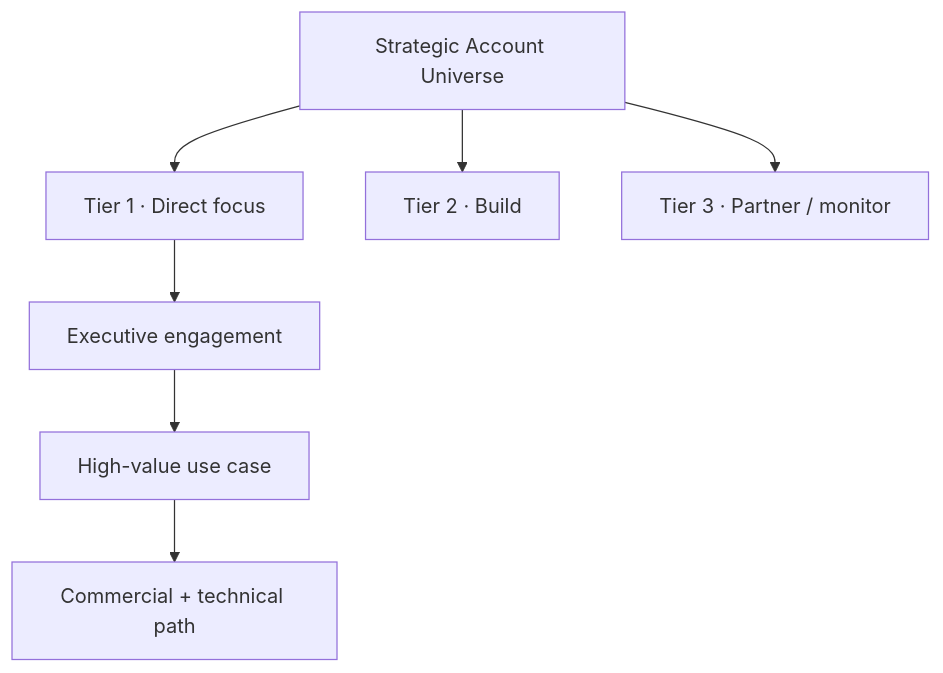
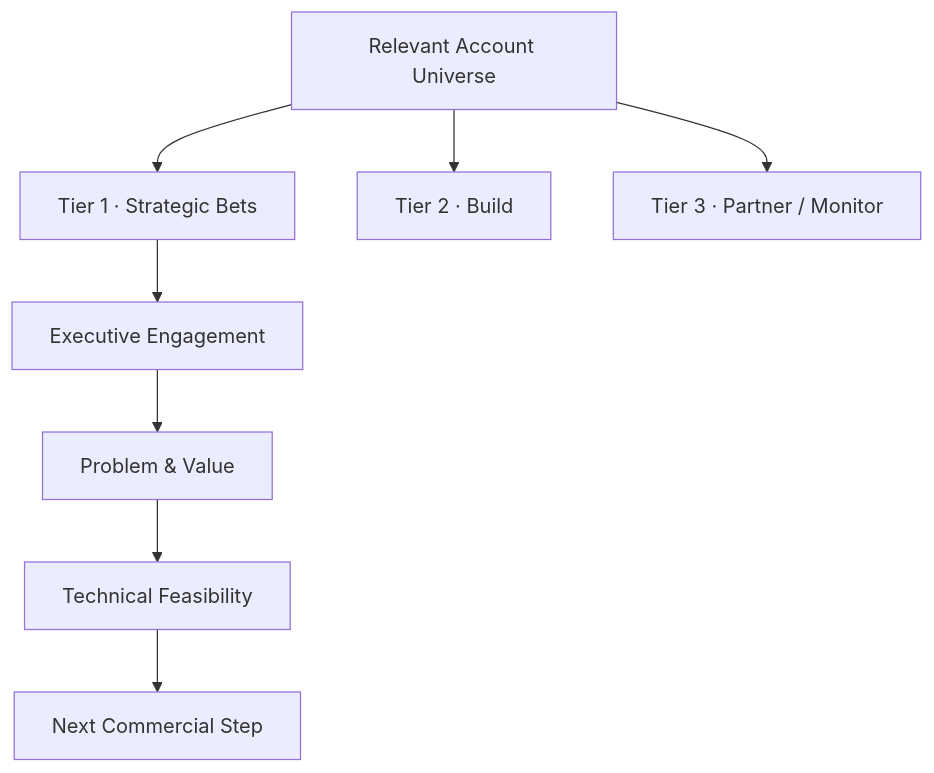
The third of 5 diagrams in examples/how-i-would-build-an-ai-country-business.md (psilva-git/enterprise-ai-delivery), drawn with Mermaid before and after one commit. The commit also changed other lines of this file, not shown here.

````diff
--- a/examples/how-i-would-build-an-ai-country-business.md
+++ b/examples/how-i-would-build-an-ai-country-business.md
@@ -66,9 +116,11 @@
 ```mermaid
 flowchart TB
-    A[Strategic Account Universe] --> T1[Tier 1 · Direct focus]
-    A --> T2[Tier 2 · Build]
-    A --> T3[Tier 3 · Partner / monitor]
-    T1 --> E[Executive engagement]
-    E --> U[High-value use case]
-    U --> P[Commercial + technical path]
+    U[Relevant Account Universe] --> T1[Tier 1 · Strategic Bets]
+    U --> T2[Tier 2 · Build]
+    U --> T3[Tier 3 · Partner / Monitor]
+
+    T1 --> E[Executive Engagement]
+    E --> P[Problem & Value]
+    P --> F[Technical Feasibility]
+    F --> N[Next Commercial Step]
 ```
````
